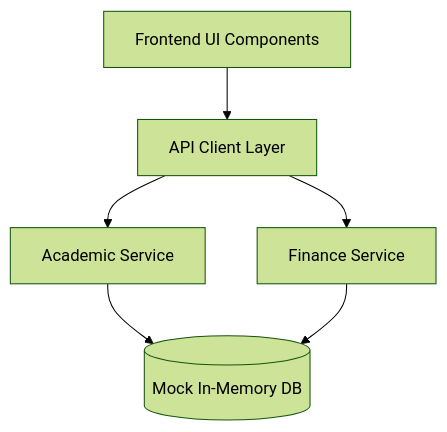
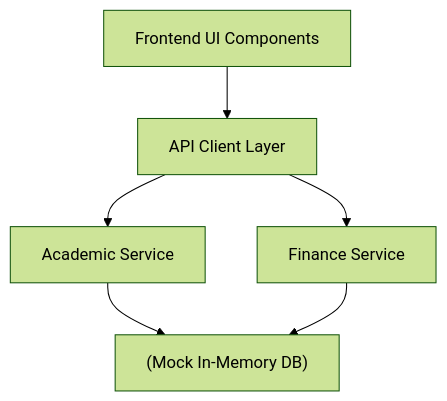
The diagram in PRESENTATION.md (Rahul-singh13/imsec-college-erp-portal), drawn with Mermaid (forest theme) before and after one commit. The commit also changed 1 other file, not shown here.

Commit message:
feat(sync): automated repository sync, documentation & asset showcase [2026-09-11]

````diff
--- a/PRESENTATION.md
+++ b/PRESENTATION.md
@@ -39,8 +39,8 @@
 ```mermaid
 flowchart TD
-    Client[Frontend UI Components] --> Adapter[API Client Layer]
-    Adapter --> Academic[Academic Service]
-    Adapter --> Finance[Finance Service]
-    Academic --> DB[(Mock In-Memory DB)]
+    Client["Frontend UI Components"] --> Adapter["API Client Layer"]
+    Adapter --> Academic["Academic Service"]
+    Adapter --> Finance["Finance Service"]
+    Academic --> DB["(Mock In-Memory DB)"]
     Finance --> DB
 ```
````
